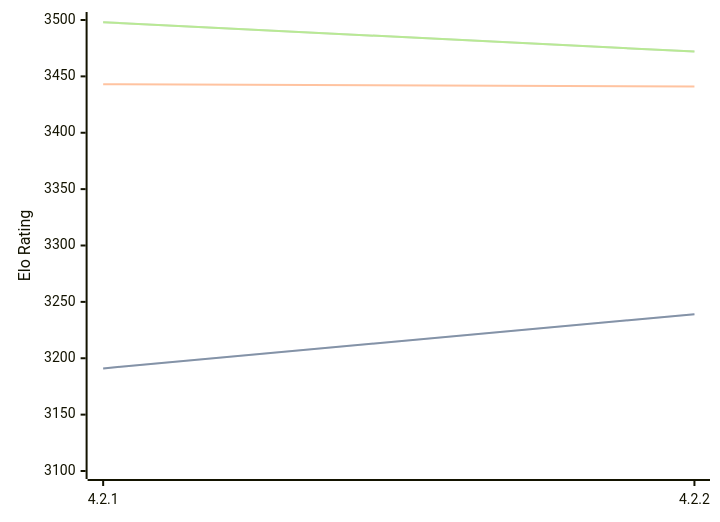
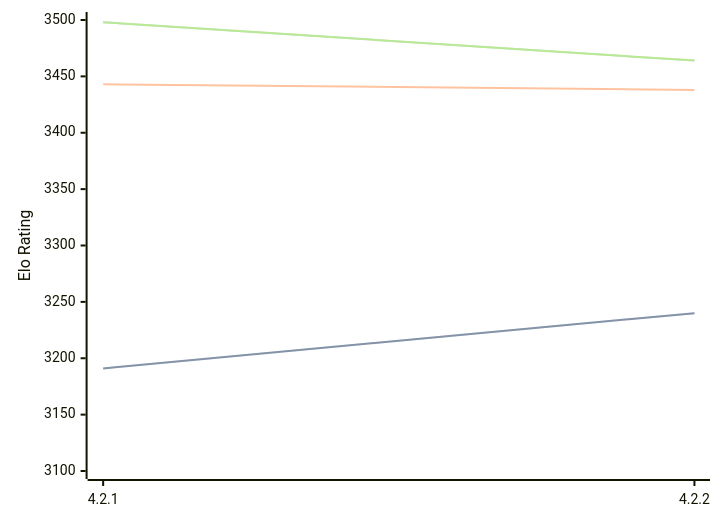
Before and after one commit to computer-chess-index/cci: the diagram in engines/Gaia.md, drawn with Mermaid. The commit also changed other lines of this file, not shown here.

Commit message:
Update CCI Ratings (ELO VLTC) - 2026-08-21

````diff
--- a/engines/Gaia.md
+++ b/engines/Gaia.md
@@ -36,11 +36,11 @@
 ```mermaid
 %%{init: {"theme":"base","themeVariables":{"seriesColors:['#a3a3a3','#222221','#faa371']}}}%%
 xychart-beta
   x-axis ["4.2.1", "4.2.2"]
   y-axis "Elo Rating" 3100 --> 3500
-  line "STC (8.0+0.08s)" [3191, 3239]
-  line "STC (8.0+0.08s)" [3191, 3239]
-  line "LTC (60.0+0.60s)" [3443, 3441]
-  line "VLTC (2m24s+1.12s)" [3498, 3472]
-  line "VLTC (2m24s+1.12s)" [3498, 3472]
+  line "STC (8.0+0.08s)" [3191, 3240]
+  line "STC (8.0+0.08s)" [3191, 3240]
+  line "LTC (60.0+0.60s)" [3443, 3438]
+  line "VLTC (2m24s+1.12s)" [3498, 3464]
+  line "VLTC (2m24s+1.12s)" [3498, 3464]
 ```
````
